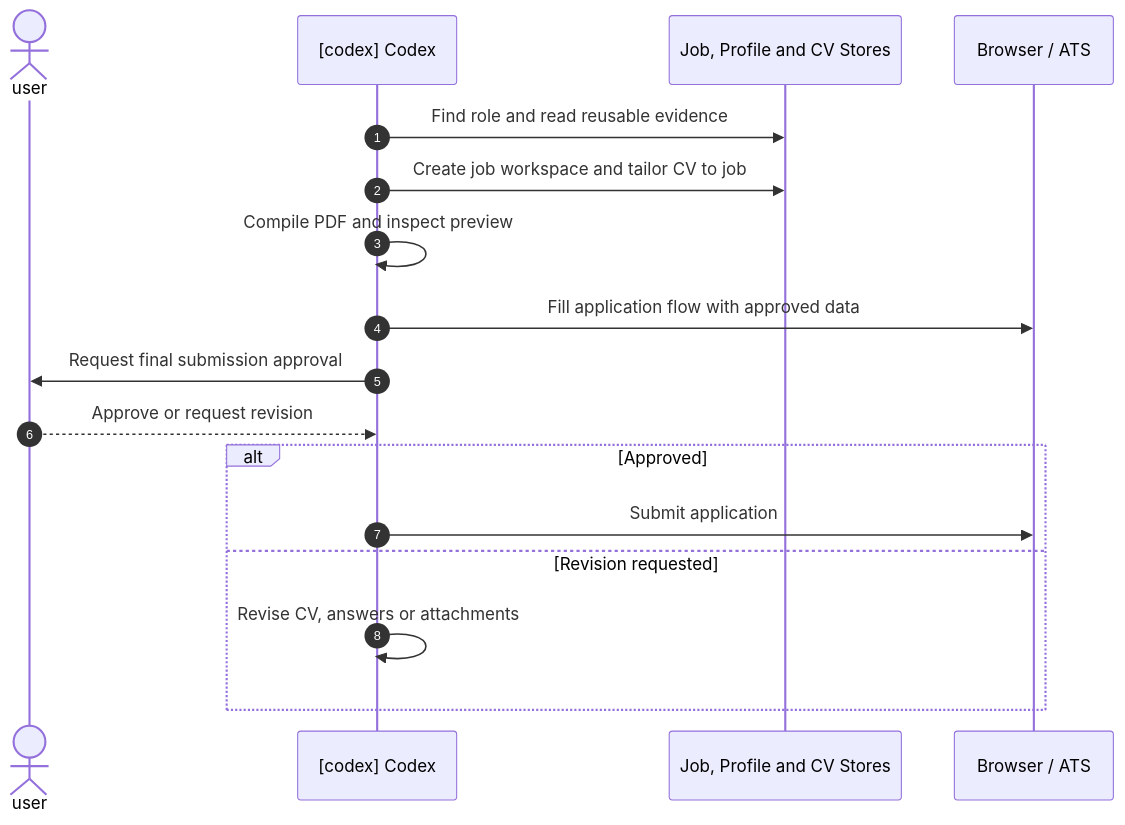
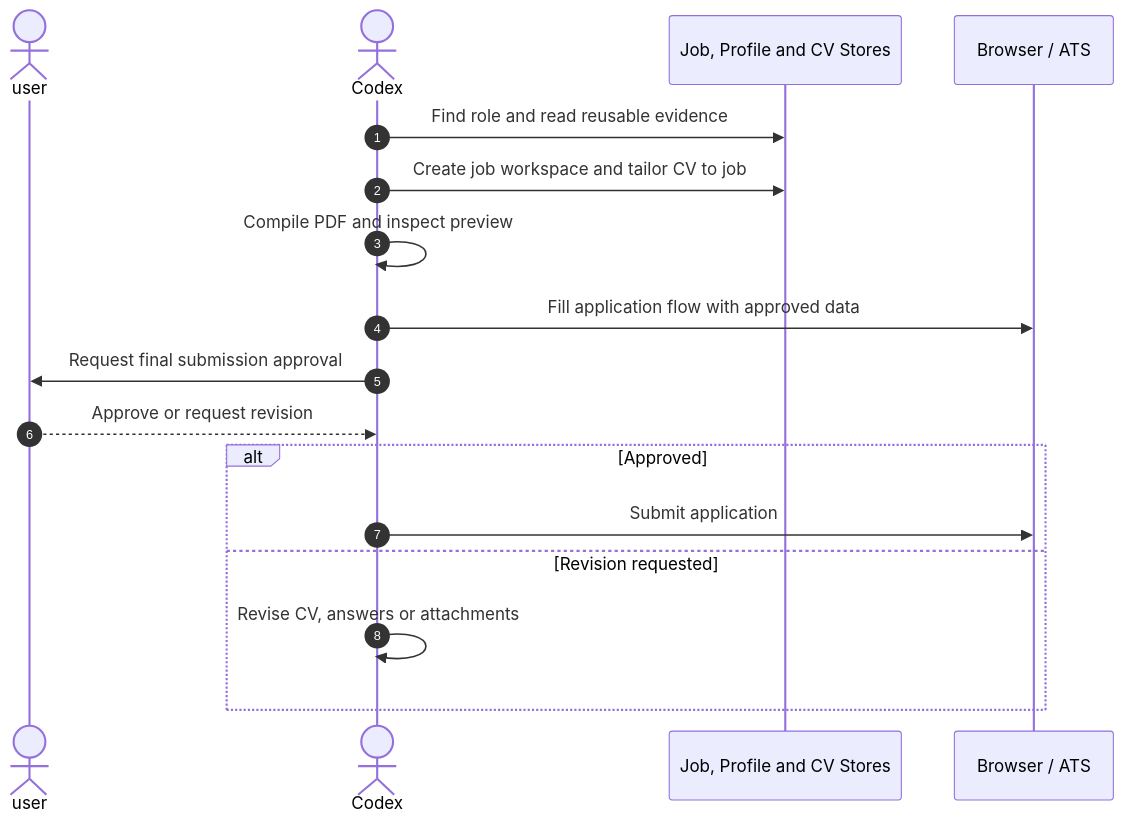
One commit to ddm18/codex-managed-application-workflow changed the diagram in docs/workflow.md. Above: the diagram before and after it, drawn with Mermaid. The commit also changed 2 other files, not shown here.

Commit message:
Use actor shape for Codex in workflow sequence

````diff
--- a/docs/workflow.md
+++ b/docs/workflow.md
@@ -9,20 +9,20 @@
 ```mermaid
 sequenceDiagram
   autonumber
   actor U as user
-  participant C as [codex] Codex
+  actor C as Codex
   participant S as Job, Profile and CV Stores
   participant B as Browser / ATS
 
   C->>S: Find role and read reusable evidence
   C->>S: Create job workspace and tailor CV to job
   C->>C: Compile PDF and inspect preview
   C->>B: Fill application flow with approved data
   C->>U: Request final submission approval
   U-->>C: Approve or request revision
   alt Approved
     C->>B: Submit application
   else Revision requested
     C->>C: Revise CV, answers or attachments
   end
 ```
````
